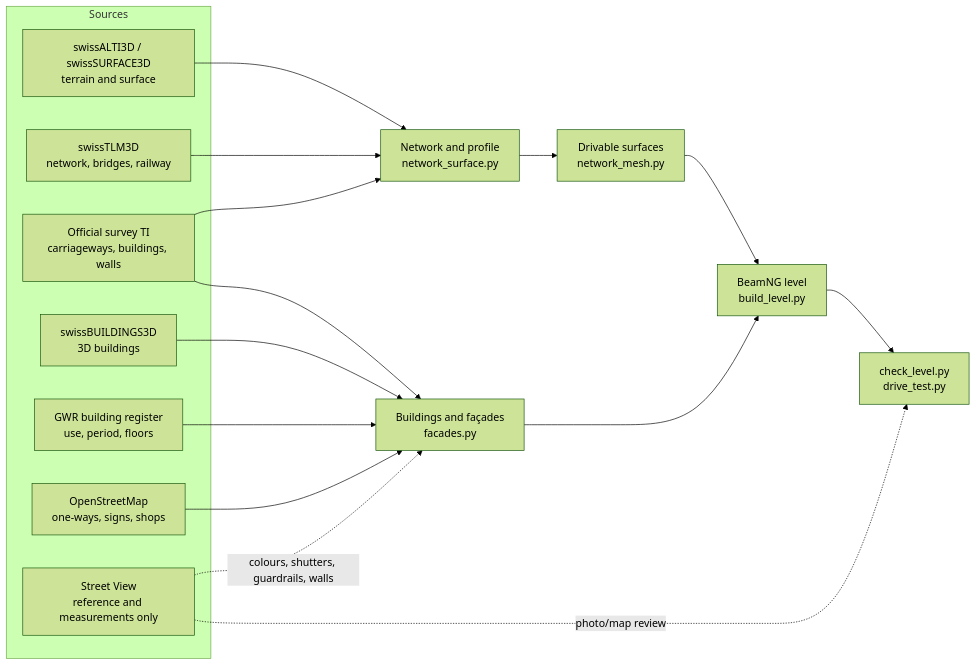
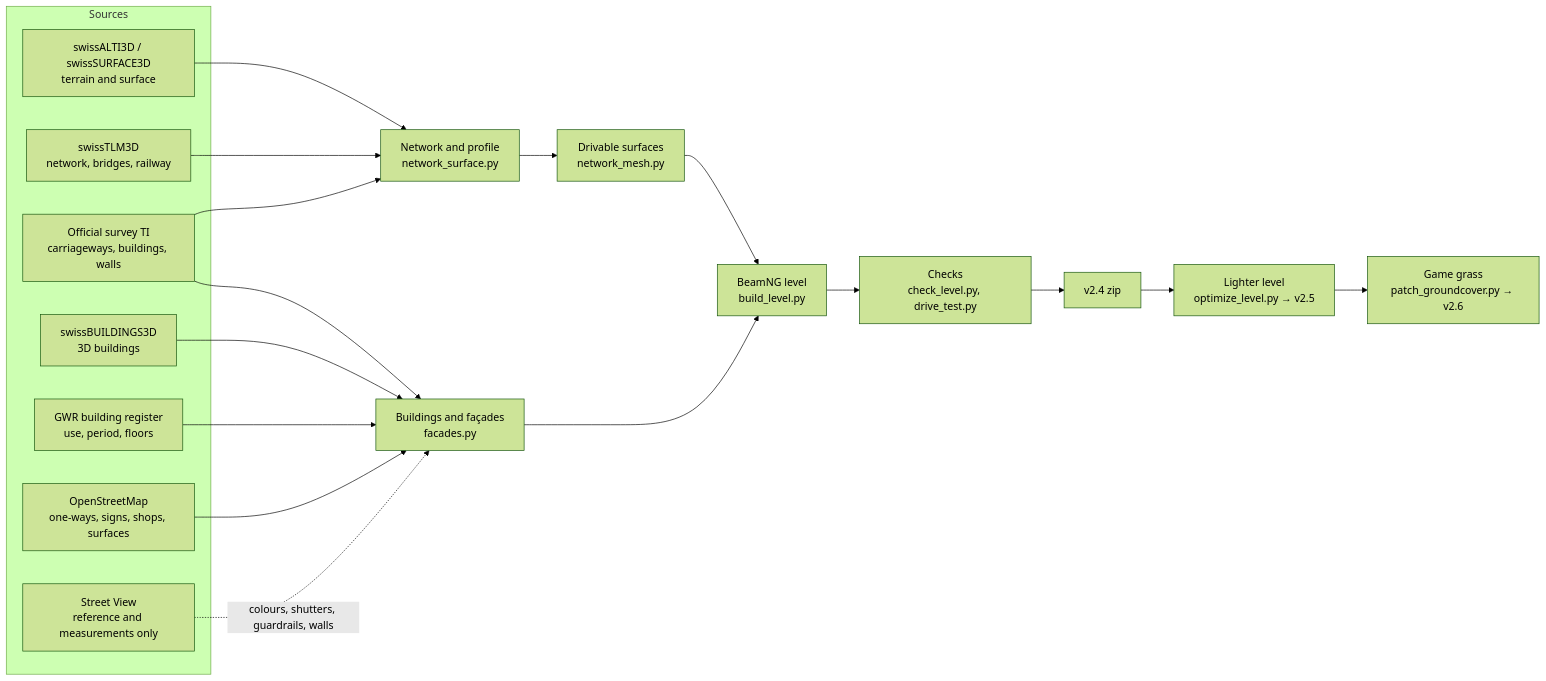
Before and after one commit to wintrymichi/magliasinaNG: the diagram in README.md, drawn with Mermaid (forest theme). The commit also changed other lines of this file and 3 other files, not shown here.

````diff
--- a/README.md
+++ b/README.md
@@ -101,19 +107,21 @@
 ```mermaid
 flowchart LR
     subgraph Sources
         A[swissALTI3D / swissSURFACE3D<br/>terrain and surface]
         B[swissTLM3D<br/>network, bridges, railway]
         C[Official survey TI<br/>carriageways, buildings, walls]
         D[swissBUILDINGS3D<br/>3D buildings]
         E[GWR building register<br/>use, period, floors]
-        F[OpenStreetMap<br/>one-ways, signs, shops]
+        F[OpenStreetMap<br/>one-ways, signs, shops, surfaces]
         G[Street View<br/>reference and measurements only]
     end
     A & B & C --> R[Network and profile<br/>network_surface.py]
     R --> M[Drivable surfaces<br/>network_mesh.py]
     D & C & E & F --> H[Buildings and façades<br/>facades.py]
     G -. colours, shutters, guardrails, walls .-> H
-    G -. photo/map review .-> Q[Verification]
     M & H --> L[BeamNG level<br/>build_level.py]
-    L --> Q[check_level.py<br/>drive_test.py]
+    L --> Q[Checks<br/>check_level.py, drive_test.py]
+    Q --> Z[v2.4 zip]
+    Z --> O[Lighter level<br/>optimize_level.py → v2.5]
+    O --> P[Game grass<br/>patch_groundcover.py → v2.6]
 ```
````
